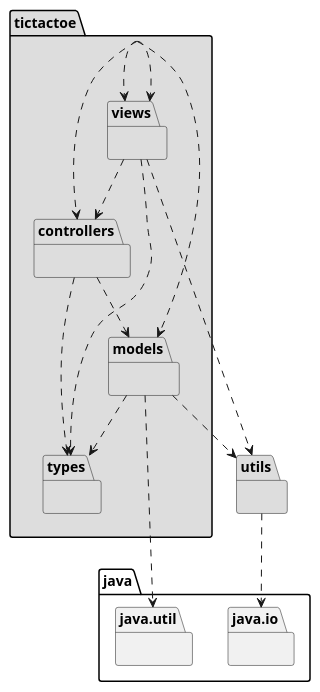
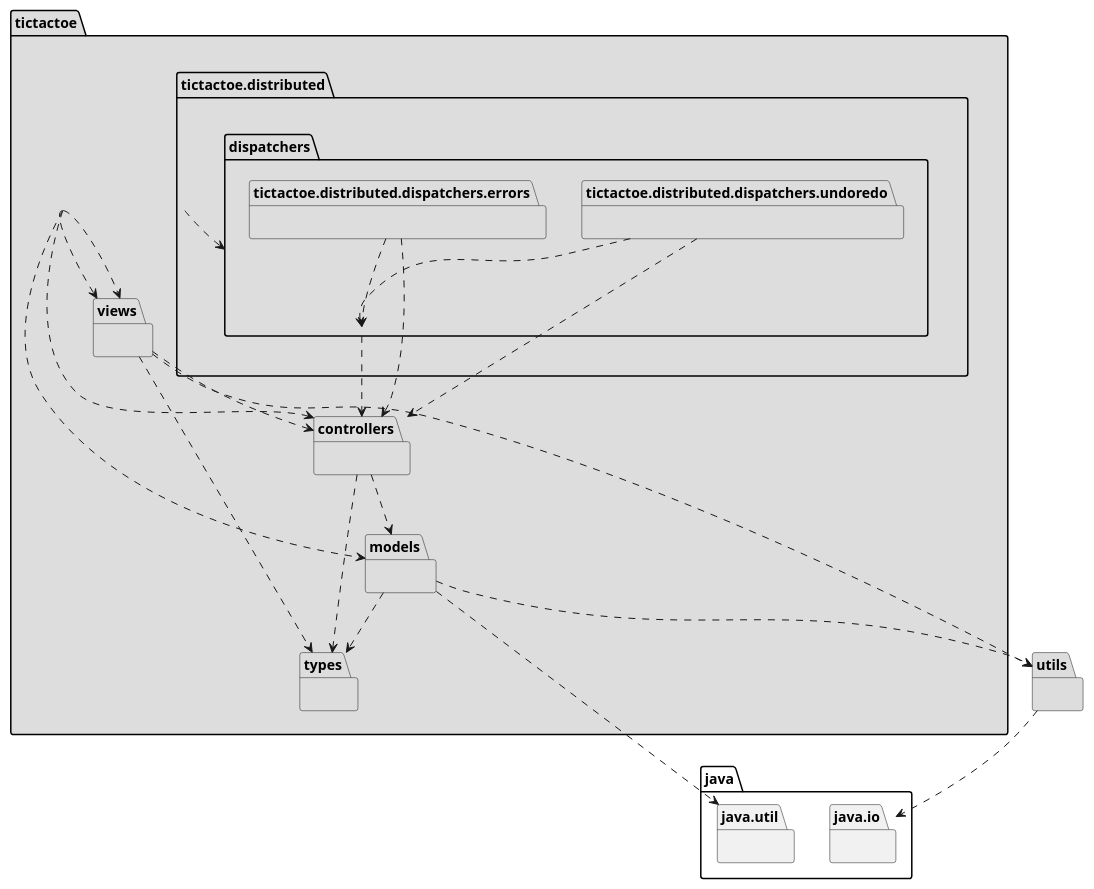
One commit to x-USantaTecla-game-ticTacToe/java changed the first of 6 diagrams in docs/src/docs/asciidoc/index.adoc. Above: the diagram before and after it, drawn with PlantUML. The commit also changed other lines of this file and 76 other files, not shown here.

```diff
--- a/docs/src/docs/asciidoc/index.adoc
+++ b/docs/src/docs/asciidoc/index.adoc
@@ -35,30 +34,44 @@
-[plantuml,arquitecturaVersion9,svg]
+[plantuml,arquitecturaVersion10,svg]
 ....
 
 package tictactoe #DDDDDD { } 
 tictactoe .down.> tictactoe.views
 tictactoe .down.> tictactoe.models
 tictactoe .down.> tictactoe.controllers
 tictactoe .down.> tictactoe.views
 
 package tictactoe.controllers #DDDDDD { } 
 tictactoe.controllers .down.> tictactoe.models
 tictactoe.controllers .down.> tictactoe.types
+
+package tictactoe.distributed #DDDDDD { } 
+tictactoe.distributed .down.> tictactoe.distributed.dispatchers
+
+package tictactoe.distributed.dispatchers #DDDDDD { } 
+tictactoe.distributed.dispatchers .down.> tictactoe.controllers
+
+package tictactoe.distributed.dispatchers.errors #DDDDDD { } 
+tictactoe.distributed.dispatchers.errors .down.> tictactoe.distributed.dispatchers
+tictactoe.distributed.dispatchers.errors .down.> tictactoe.controllers
+
+package tictactoe.distributed.dispatchers.undoredo #DDDDDD { } 
+tictactoe.distributed.dispatchers.undoredo .down.> tictactoe.distributed.dispatchers
+tictactoe.distributed.dispatchers.undoredo .down.> tictactoe.controllers
 
 package tictactoe.models #DDDDDD { }
 package tictactoe.types #DDDDDD { }  
 package java.util{ }
 tictactoe.models .down.> java.util
 tictactoe.models .down.> utils
 tictactoe.models .down.> tictactoe.types
 
 package utils #DDDDDD { } 
 package java.io{ }
 utils .down.> java.io
 
 package tictactoe.views #DDDDDD { } 
 tictactoe.views .down.> tictactoe.controllers
 tictactoe.views .down.> tictactoe.types
 tictactoe.views .down.> utils
 
 ....
```
